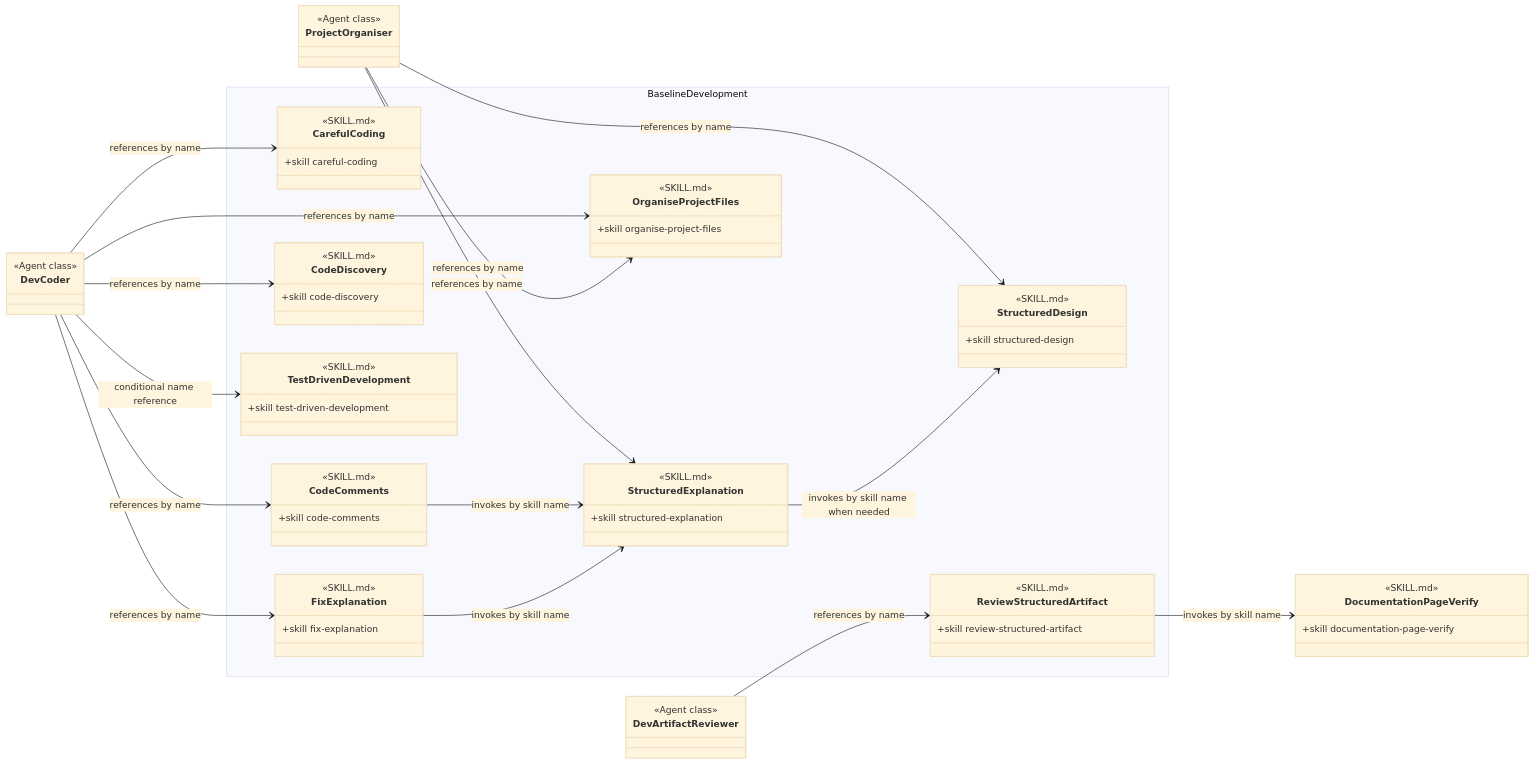
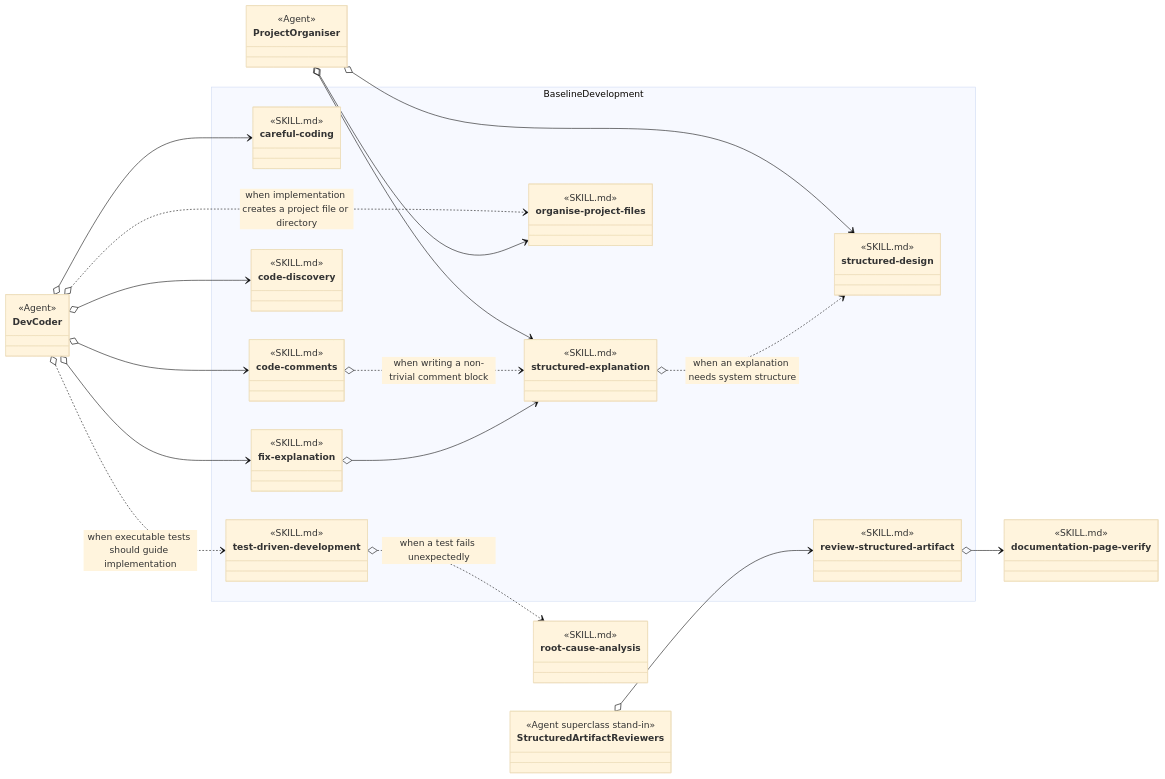
Before and after one commit to martinbechard/dev-methodology: the diagram in design/skill-groups/baseline-development.md, drawn with Mermaid (base theme). The commit also changed other lines of this file and 9 other files, not shown here.

````diff
--- a/design/skill-groups/baseline-development.md
+++ b/design/skill-groups/baseline-development.md
@@ -13,91 +13,96 @@
     direction LR
 
     class DevCoder {
-        <<Agent class>>
+        <<Agent>>
     }
 
     class ProjectOrganiser {
-        <<Agent class>>
+        <<Agent>>
     }
 
-    class DevArtifactReviewer {
-        <<Agent class>>
+    class StructuredArtifactReviewers {
+        <<Agent superclass stand-in>>
     }
 
     namespace BaselineDevelopment {
-        class CarefulCoding {
+        class careful-coding {
             <<SKILL.md>>
             <<Agent Skill>>
-            +skill careful-coding
         }
 
-        class CodeComments {
+        class code-comments {
             <<SKILL.md>>
             <<Agent Skill>>
-            +skill code-comments
+            <<Peer Skill>>
         }
 
-        class CodeDiscovery {
+        class code-discovery {
             <<SKILL.md>>
             <<Agent Skill>>
-            +skill code-discovery
         }
 
-        class TestDrivenDevelopment {
+        class test-driven-development {
             <<SKILL.md>>
             <<Agent Skill>>
-            +skill test-driven-development
+            <<Peer Skill>>
         }
 
-        class StructuredDesign {
+        class structured-design {
             <<SKILL.md>>
             <<Agent Skill>>
-            +skill structured-design
+            <<Peer Skill>>
         }
 
-        class StructuredExplanation {
+        class structured-explanation {
             <<SKILL.md>>
             <<Agent Skill>>
-            +skill structured-explanation
+            <<Peer Skill>>
         }
 
-        class OrganiseProjectFiles {
+        class organise-project-files {
             <<SKILL.md>>
             <<Agent Skill>>
-            +skill organise-project-files
         }
 
-        class ReviewStructuredArtifact {
+        class review-structured-artifact {
             <<SKILL.md>>
             <<Agent Skill>>
-            +skill review-structured-artifact
+            <<Peer Skill>>
         }
 
-        class FixExplanation {
+        class fix-explanation {
             <<SKILL.md>>
             <<Agent Skill>>
-            +skill fix-explanation
+            <<Peer Skill>>
         }
     }
 
-    class DocumentationPageVerify {
+    class documentation-page-verify {
         <<SKILL.md>>
         <<Cross-group>>
-        +skill documentation-page-verify
     }
 
-    DevCoder --> CarefulCoding : references by name
-    DevCoder --> CodeComments : references by name
-    DevCoder --> CodeDiscovery : references by name
-    DevCoder --> TestDrivenDevelopment : conditional name reference
-    DevCoder --> OrganiseProjectFiles : references by name
-    DevCoder --> FixExplanation : references by name
-    ProjectOrganiser --> StructuredDesign : references by name
-    ProjectOrganiser --> StructuredExplanation : references by name
-    ProjectOrganiser --> OrganiseProjectFiles : references by name
-    DevArtifactReviewer --> ReviewStructuredArtifact : references by name
-    CodeComments --> StructuredExplanation : invokes by skill name
-    FixExplanation --> StructuredExplanation : invokes by skill name
-    StructuredExplanation --> StructuredDesign : invokes by skill name when needed
-    ReviewStructuredArtifact --> DocumentationPageVerify : invokes by skill name
+    class root-cause-analysis {
+        <<SKILL.md>>
+        <<Cross-group>>
+    }
+
+    DevCoder o--> careful-coding
+    DevCoder o--> code-comments
+    DevCoder o--> code-discovery
+    DevCoder o--> fix-explanation
+    DevCoder o..> organise-project-files : when implementation creates a project file or directory
+    DevCoder o..> test-driven-development : when executable tests should guide implementation
+
+    ProjectOrganiser o--> organise-project-files
+    ProjectOrganiser o--> structured-design
+    ProjectOrganiser o--> structured-explanation
+
+    StructuredArtifactReviewers o--> review-structured-artifact
+
+    code-comments o..> structured-explanation : when writing a non-trivial comment block
+    fix-explanation o--> structured-explanation
+    structured-explanation o..> structured-design : when an explanation needs system structure
+    review-structured-artifact o--> documentation-page-verify
+    test-driven-development o..> root-cause-analysis : when a test fails unexpectedly
 ```
````
